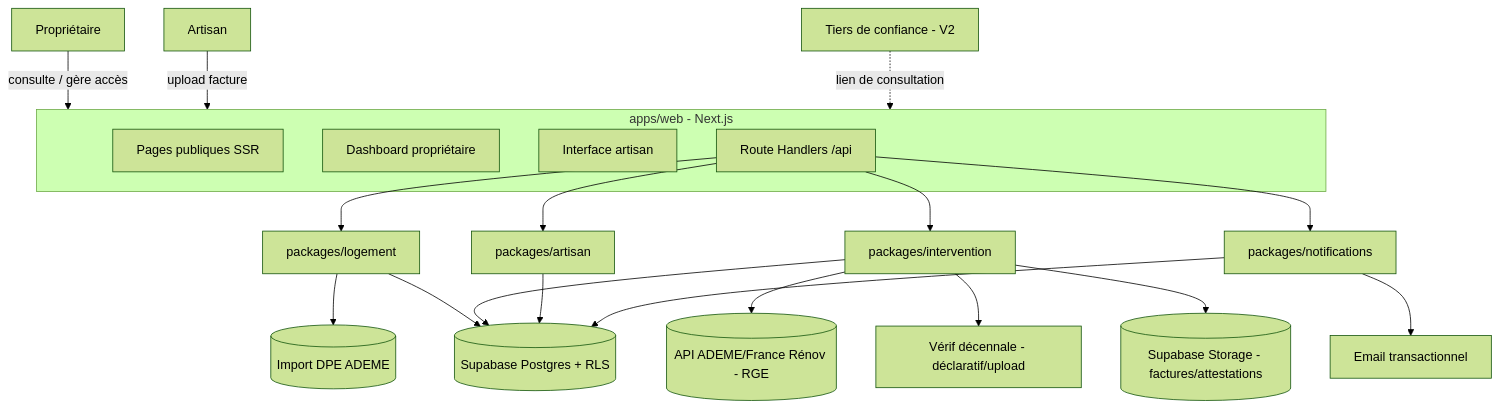
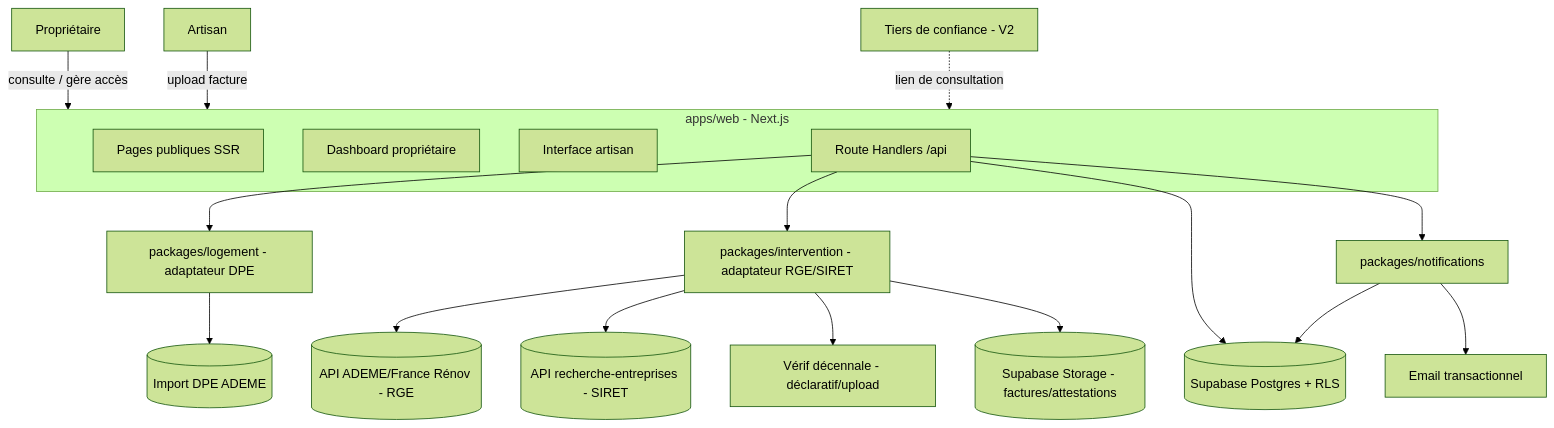
The diagram in aidd_docs/INSTALL.md (CailBzd/alpha-cil), drawn with Mermaid (forest theme) before and after one commit. The commit also changed other lines of this file and 1 other file, not shown here.

````diff
--- a/aidd_docs/INSTALL.md
+++ b/aidd_docs/INSTALL.md
@@ -33,30 +33,28 @@
 ```mermaid
 graph TD
   Owner[Propriétaire] -->|consulte / gère accès| WebApp
   Artisan[Artisan] -->|upload facture| WebApp
   Tiers[Tiers de confiance - V2] -.->|lien de consultation| WebApp
 
   subgraph WebApp[apps/web - Next.js]
     Public[Pages publiques SSR]
     OwnerUI[Dashboard propriétaire]
     ArtisanUI[Interface artisan]
     API[Route Handlers /api]
   end
 
-  API --> Logement[packages/logement]
-  API --> Intervention[packages/intervention]
-  API --> ArtisanMod[packages/artisan]
+  API --> Logement[packages/logement - adaptateur DPE]
+  API --> Intervention[packages/intervention - adaptateur RGE/SIRET]
   API --> Notifications[packages/notifications]
+  API --> DB[(Supabase Postgres + RLS)]
 
   Intervention --> ADEME[(API ADEME/France Rénov - RGE)]
+  Intervention --> Sirene[(API recherche-entreprises - SIRET)]
   Intervention --> Decennale[Vérif décennale - déclaratif/upload]
   Logement --> DPEAdeme[(Import DPE ADEME)]
 
-  Logement --> DB[(Supabase Postgres + RLS)]
-  Intervention --> DB
-  ArtisanMod --> DB
   Notifications --> DB
 
   Intervention --> Storage[(Supabase Storage - factures/attestations)]
   Notifications --> Email[Email transactionnel]
 ```
````
